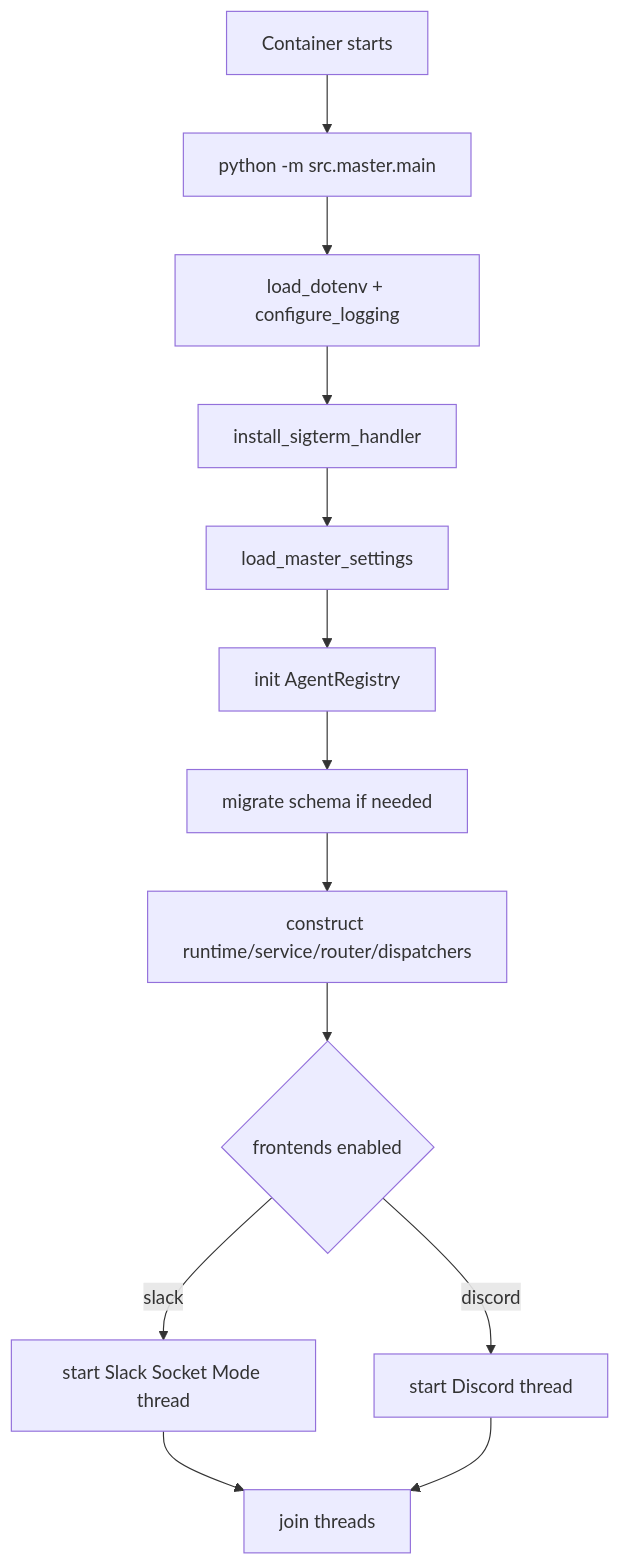
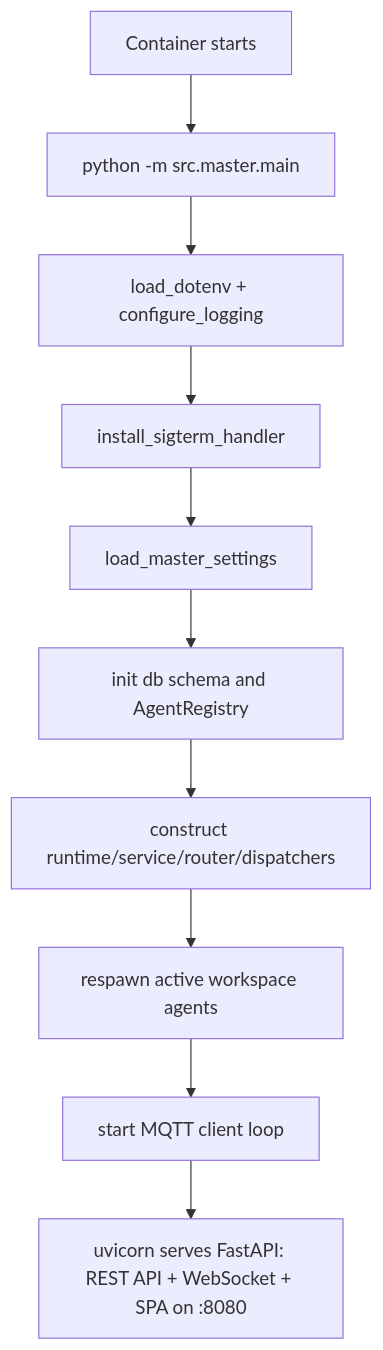
One commit to pandazxx/codex-slack changed the first of 2 diagrams in docs/design/containers/master-container-design.md. Above: the diagram before and after it, drawn with Mermaid. The commit also changed other lines of this file and 19 other files, not shown here.

````diff
--- a/docs/design/containers/master-container-design.md
+++ b/docs/design/containers/master-container-design.md
@@ -62,15 +62,12 @@
 ```mermaid
 flowchart TD
     A[Container starts] --> B[python -m src.master.main]
     B --> C[load_dotenv + configure_logging]
     C --> D[install_sigterm_handler]
     D --> E[load_master_settings]
-    E --> F[init AgentRegistry]
-    F --> G[migrate schema if needed]
-    G --> H[construct runtime/service/router/dispatchers]
-    H --> I{frontends enabled}
-    I -->|slack| J[start Slack Socket Mode thread]
-    I -->|discord| K[start Discord thread]
-    J --> L[join threads]
-    K --> L
+    E --> F[init db schema and AgentRegistry]
+    F --> G[construct runtime/service/router/dispatchers]
+    G --> H[respawn active workspace agents]
+    H --> I[start MQTT client loop]
+    I --> J[uvicorn serves FastAPI: REST API + WebSocket + SPA on :8080]
 ```
````
